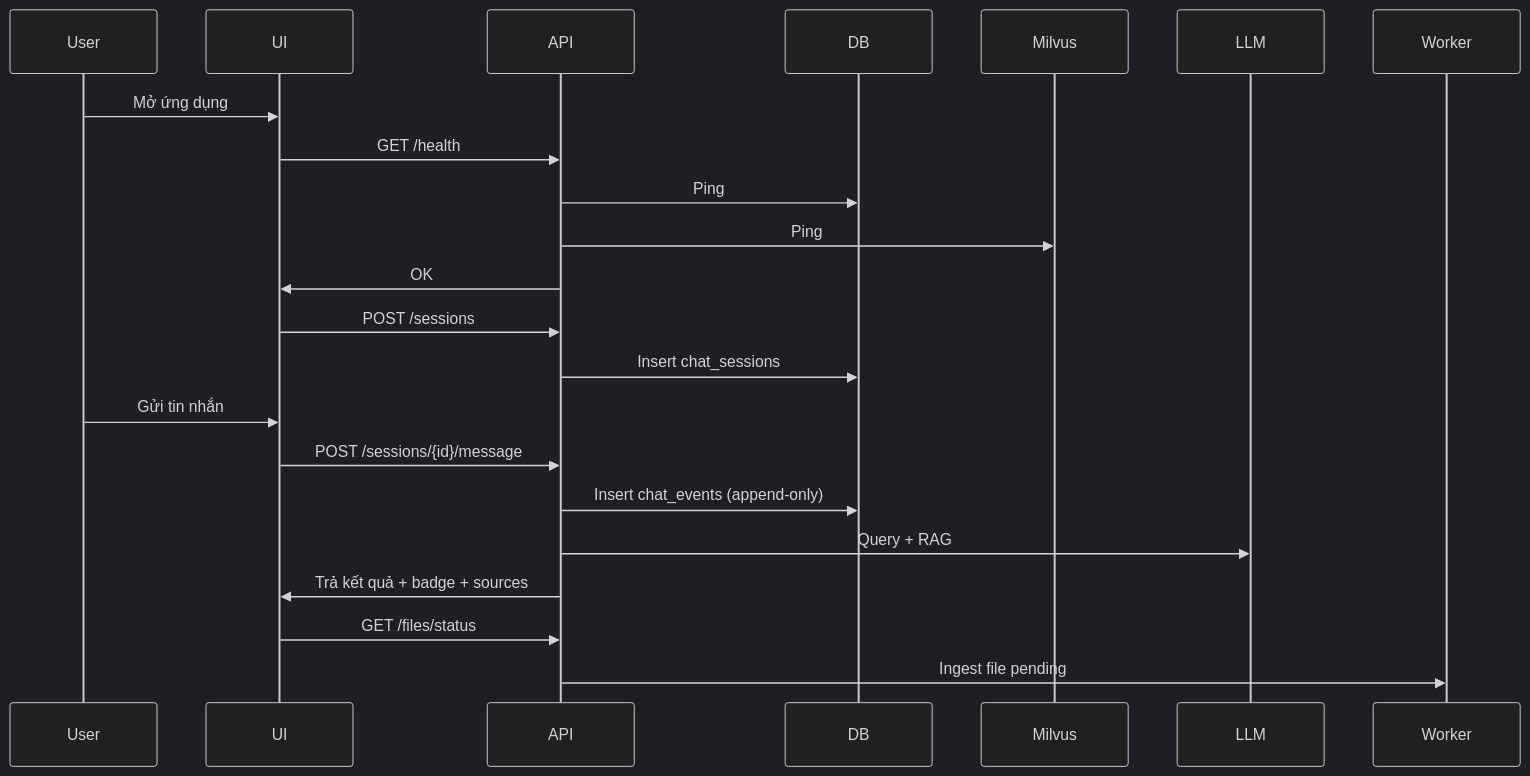
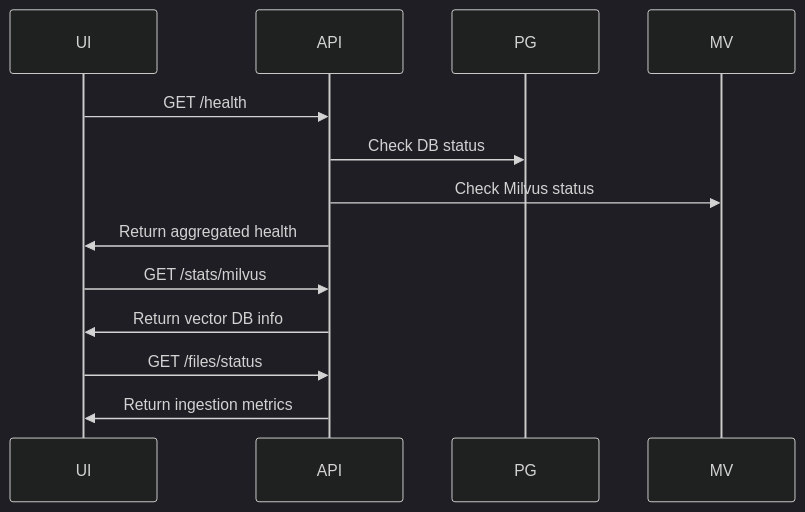
Before and after one commit to ducanhMU/RAGHouse: the eighth of 8 diagrams in DESIGN.md, drawn with Mermaid (dark theme). The commit also changed other lines of this file, not shown here.

````diff
--- a/DESIGN.md
+++ b/DESIGN.md
@@ -522,17 +877,18 @@
 ```mermaid
 sequenceDiagram
-    User->>UI: Mở ứng dụng
+    participant UI
+    participant API
+    participant PG
+    participant MV
+
     UI->>API: GET /health
-    API->>DB: Ping
-    API->>Milvus: Ping
-    API->>UI: OK
-    UI->>API: POST /sessions
-    API->>DB: Insert chat_sessions
-    User->>UI: Gửi tin nhắn
-    UI->>API: POST /sessions/{id}/message
-    API->>DB: Insert chat_events (append-only)
-    API->>LLM: Query + RAG
-    API->>UI: Trả kết quả + badge + sources
+    API->>PG: Check DB status
+    API->>MV: Check Milvus status
+    API->>UI: Return aggregated health
+
+    UI->>API: GET /stats/milvus
+    API->>UI: Return vector DB info
+
     UI->>API: GET /files/status
-    API->>Worker: Ingest file pending
+    API->>UI: Return ingestion metrics
 ```
````
